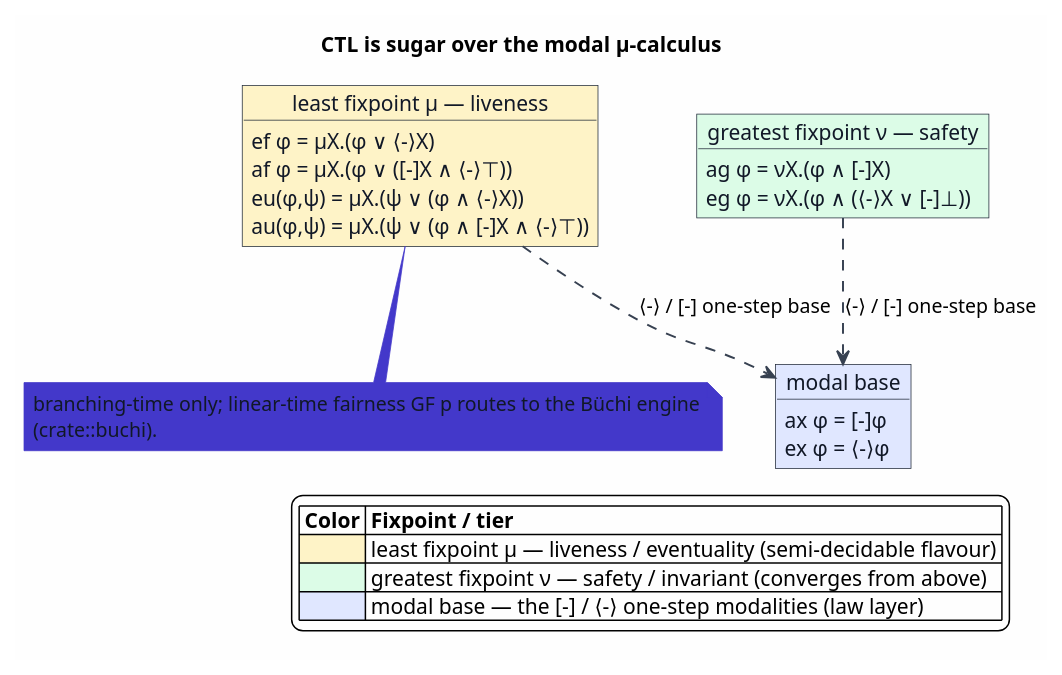
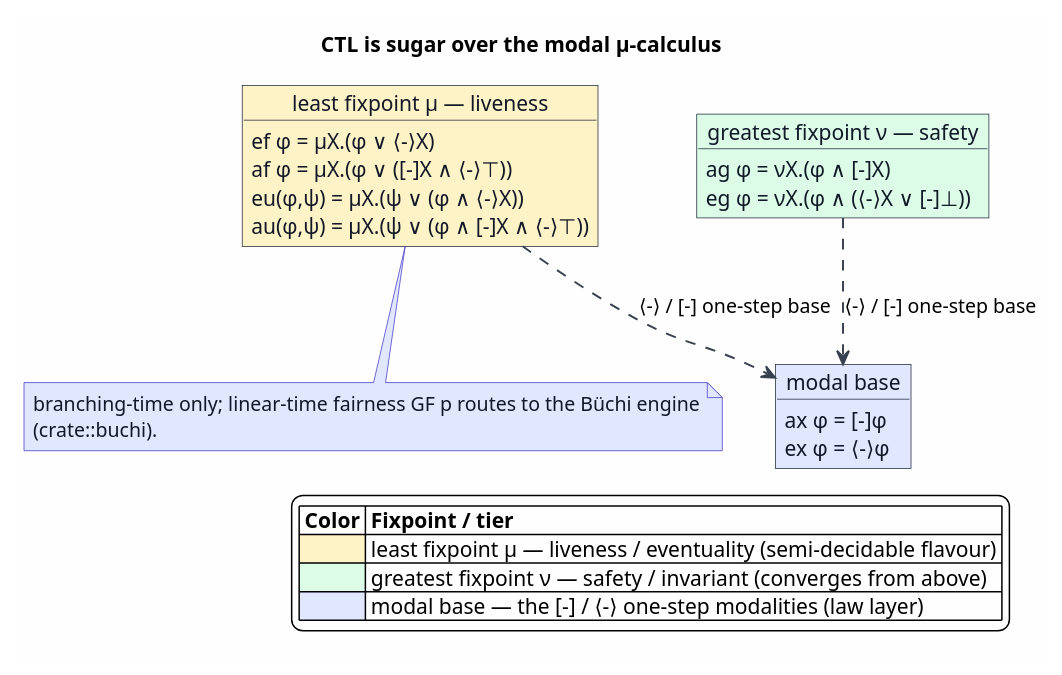
The diagram in docs/architecture/semantic-predicates/figures/15-ctl-mu-encoding.puml (F1R3FLY-io/mettail-rust), drawn with PlantUML before and after one commit. The commit also changed 1 other file, not shown here.

```diff
--- a/docs/architecture/semantic-predicates/figures/15-ctl-mu-encoding.puml
+++ b/docs/architecture/semantic-predicates/figures/15-ctl-mu-encoding.puml
@@ -1,55 +1,55 @@
 @startuml
 skinparam backgroundColor #FEFEFE
 skinparam shadowing false
 skinparam ArrowColor #374151
 skinparam ArrowThickness 1.3
 skinparam object {
   BorderColor #1F2937
   FontColor #111827
   AttributeFontColor #111827
 }
 skinparam note {
   BorderColor #4338CA
   FontColor #111827
 }
 
 title CTL is sugar over the modal μ-calculus
 
 ' ── Group A: the LEAST-fixpoint (μ) operators — eventualities / liveness ─────
 ' Each is the smallest state-set closed under "reach now, or step toward it".
 object "least fixpoint μ — liveness" as MU #FEF3C7 {
   ef φ = μX.(φ ∨ ⟨-⟩X)
   af φ = μX.(φ ∨ ([-]X ∧ ⟨-⟩⊤))
   eu(φ,ψ) = μX.(ψ ∨ (φ ∧ ⟨-⟩X))
   au(φ,ψ) = μX.(ψ ∨ (φ ∧ [-]X ∧ ⟨-⟩⊤))
 }
 
 ' ── Group B: the GREATEST-fixpoint (ν) operators — invariants / safety ──────
 ' Each is the largest state-set that re-establishes φ along every (or some) path.
 object "greatest fixpoint ν — safety" as NU #DCFCE7 {
   ag φ = νX.(φ ∧ [-]X)
   eg φ = νX.(φ ∧ (⟨-⟩X ∨ [-]⊥))
 }
 
 ' ── Group C: the modal base — one-step box / diamond, no recursion ───────────
 object "modal base" as MODAL #E0E7FF {
   ax φ = [-]φ
   ex φ = ⟨-⟩φ
 }
 
 ' The recursive operators are built from the one-step modalities.
 MU ..> MODAL : ⟨-⟩ / [-] one-step base
 NU ..> MODAL : ⟨-⟩ / [-] one-step base
 
-note bottom of MU #4338CA
+note bottom of MU #E0E7FF
   branching-time only; linear-time fairness GF p routes to the Büchi engine
   (crate::buchi).
 end note
 
 legend right
 |= Color |= Fixpoint / tier |
 |<#FEF3C7> | least fixpoint μ — liveness / eventuality (semi-decidable flavour) |
 |<#DCFCE7> | greatest fixpoint ν — safety / invariant (converges from above) |
 |<#E0E7FF> | modal base — the [-] / ⟨-⟩ one-step modalities (law layer) |
 endlegend
 @enduml
```
